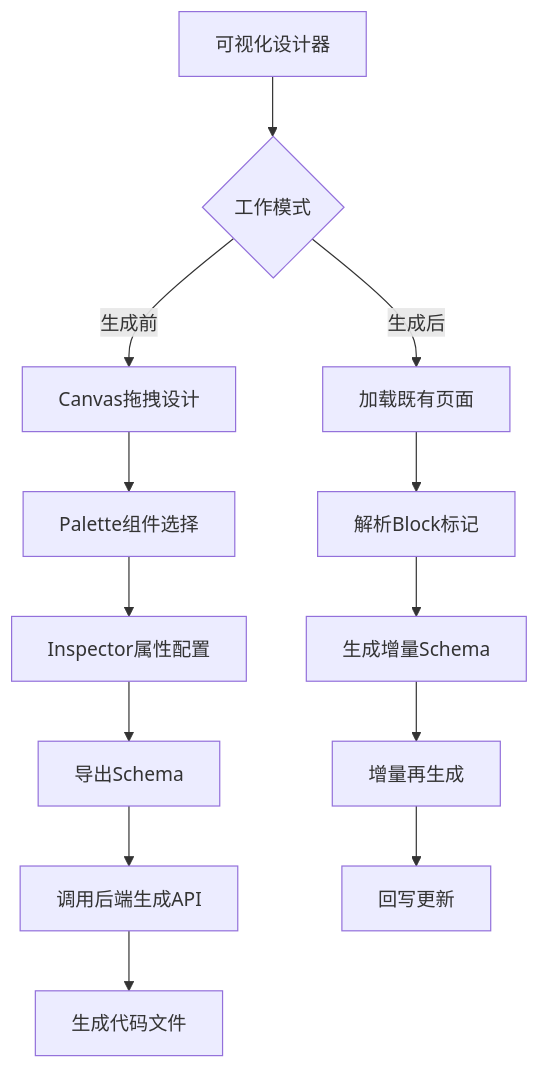
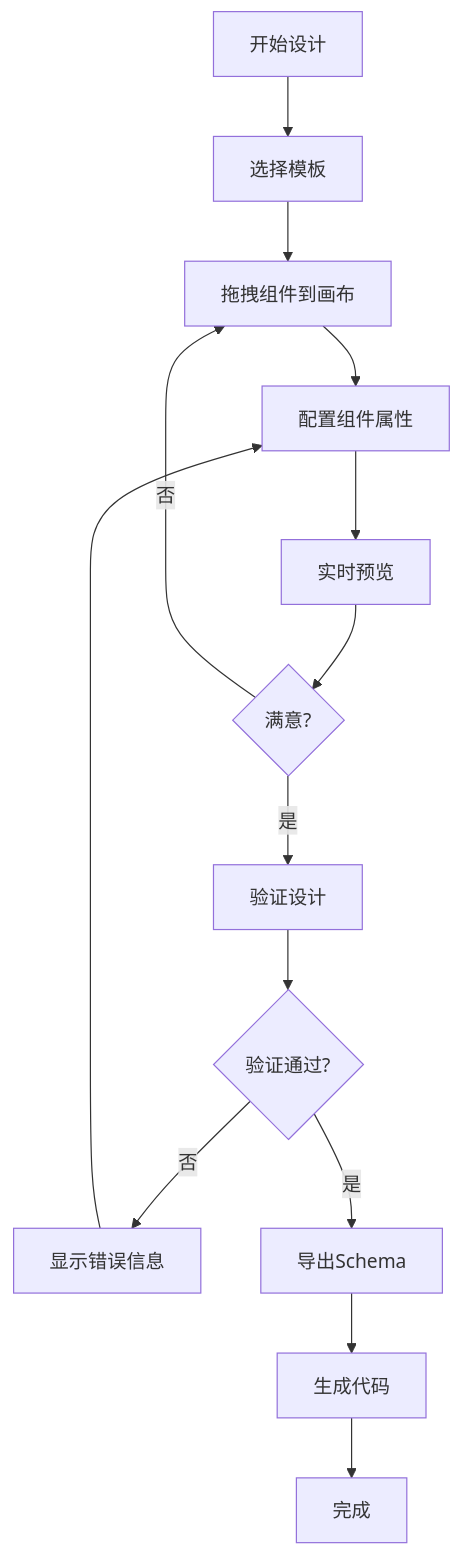
The third of 3 diagrams in doc/architecture/系统架构说明书.md (DULASlee/hxlot), drawn with Mermaid before and after one commit. The commit also changed other lines of this file and 66 other files, not shown here.

````diff
--- a/doc/architecture/系统架构说明书.md
+++ b/doc/architecture/系统架构说明书.md
@@ -318,17 +253,16 @@
 ```mermaid
 graph TD
-  A[可视化设计器] --> B{工作模式}
-  
-  B -->|生成前| C[Canvas拖拽设计]
-  C --> D[Palette组件选择]
-  D --> E[Inspector属性配置]
-  E --> F[导出Schema]
-  F --> G[调用后端生成API]
-  G --> H[生成代码文件]
-  
-  B -->|生成后| I[加载既有页面]
-  I --> J[解析Block标记]
-  J --> K[生成增量Schema]
-  K --> L[增量再生成]
-  L --> M[回写更新]
+    A[开始设计] --> B[选择模板]
+    B --> C[拖拽组件到画布]
+    C --> D[配置组件属性]
+    D --> E[实时预览]
+    E --> F{满意?}
+    F -->|否| C
+    F -->|是| G[验证设计]
+    G --> H{验证通过?}
+    H -->|否| I[显示错误信息]
+    I --> D
+    H -->|是| J[导出Schema]
+    J --> K[生成代码]
+    K --> L[完成]
 ```
````
